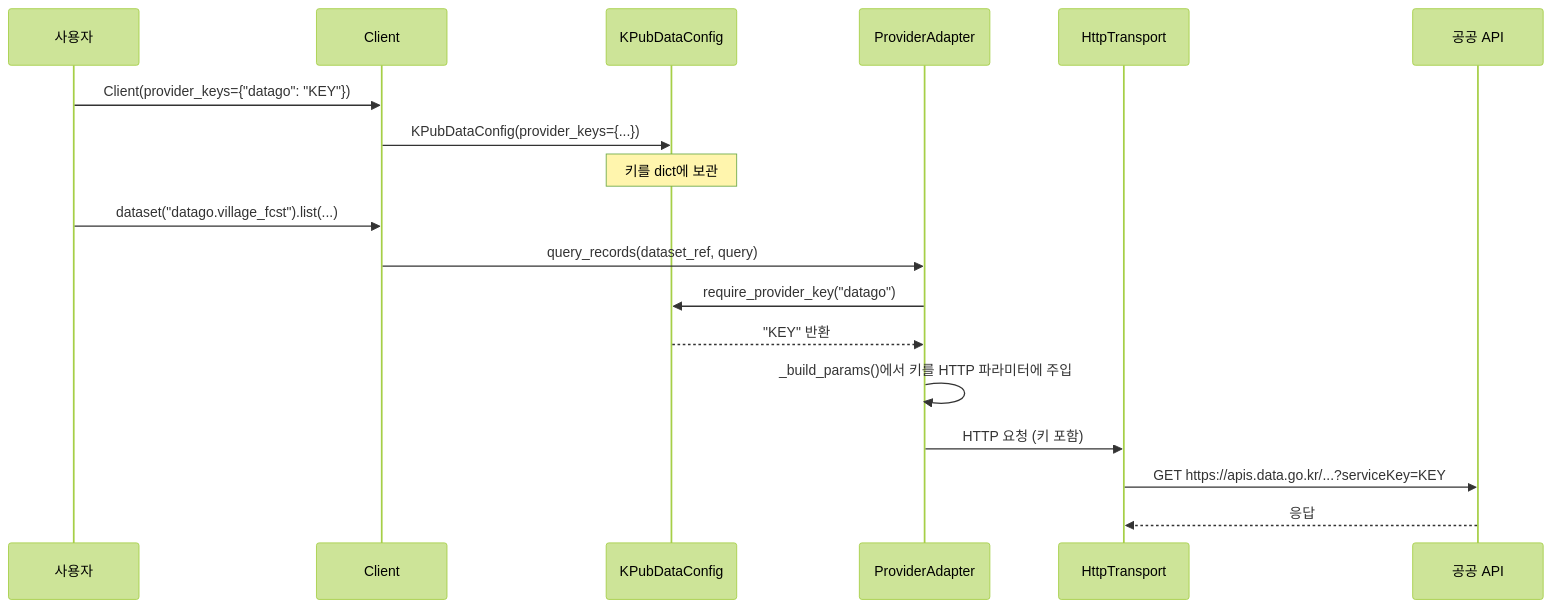
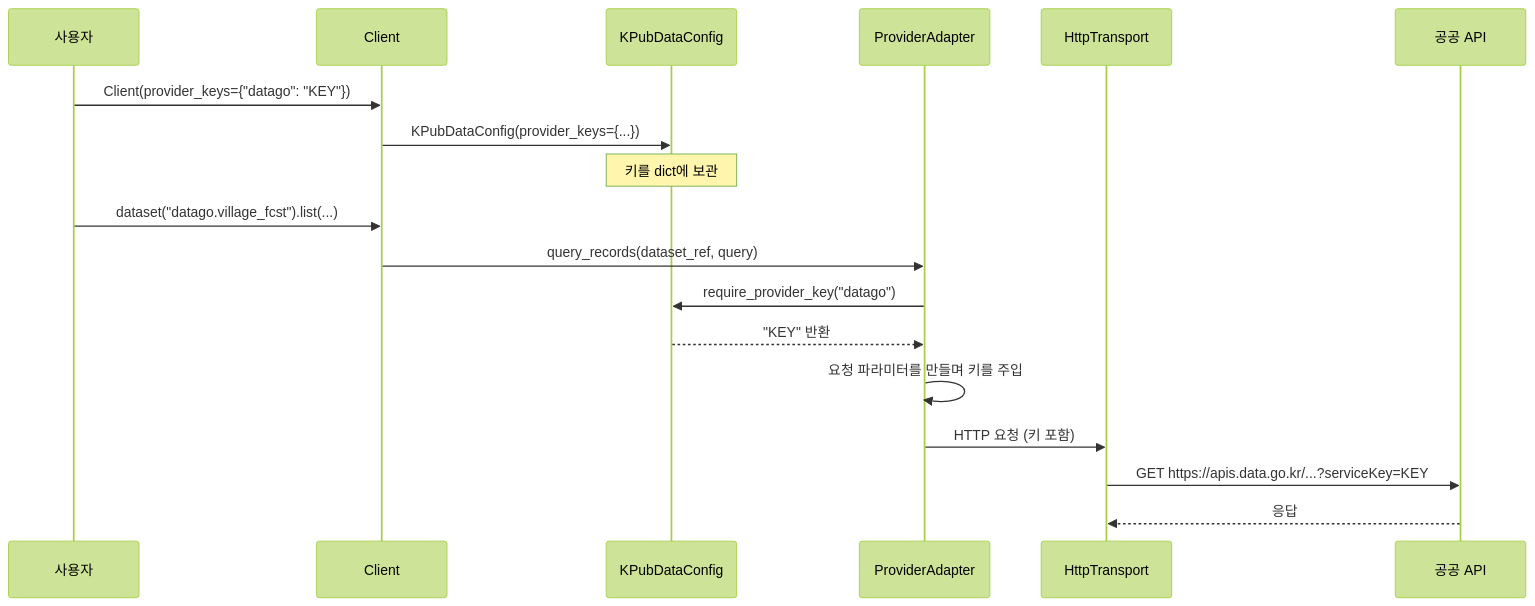
Before and after one commit to kpubdata-lab/kpubdata: the fourth of 7 diagrams in ARCHITECTURE.md, drawn with Mermaid (forest theme). The commit also changed other lines of this file and 5 other files, not shown here.

First line of the commit message:
docs: align SDK architecture and compatibility guidance with version 0.9 (#856)

````diff
--- a/ARCHITECTURE.md
+++ b/ARCHITECTURE.md
@@ -193,22 +205,22 @@
 ```mermaid
 sequenceDiagram
     participant U as 사용자
     participant C as Client
     participant Cfg as KPubDataConfig
     participant A as ProviderAdapter
     participant T as HttpTransport
     participant P as 공공 API
 
     U->>C: Client(provider_keys={"datago": "KEY"})
     C->>Cfg: KPubDataConfig(provider_keys={...})
     Note over Cfg: 키를 dict에 보관
 
     U->>C: dataset("datago.village_fcst").list(...)
     C->>A: query_records(dataset_ref, query)
     A->>Cfg: require_provider_key("datago")
     Cfg-->>A: "KEY" 반환
-    A->>A: _build_params()에서 키를 HTTP 파라미터에 주입
+    A->>A: 요청 파라미터를 만들며 키를 주입
     A->>T: HTTP 요청 (키 포함)
     T->>P: GET https://apis.data.go.kr/...?serviceKey=KEY
     P-->>T: 응답
 ```
````
